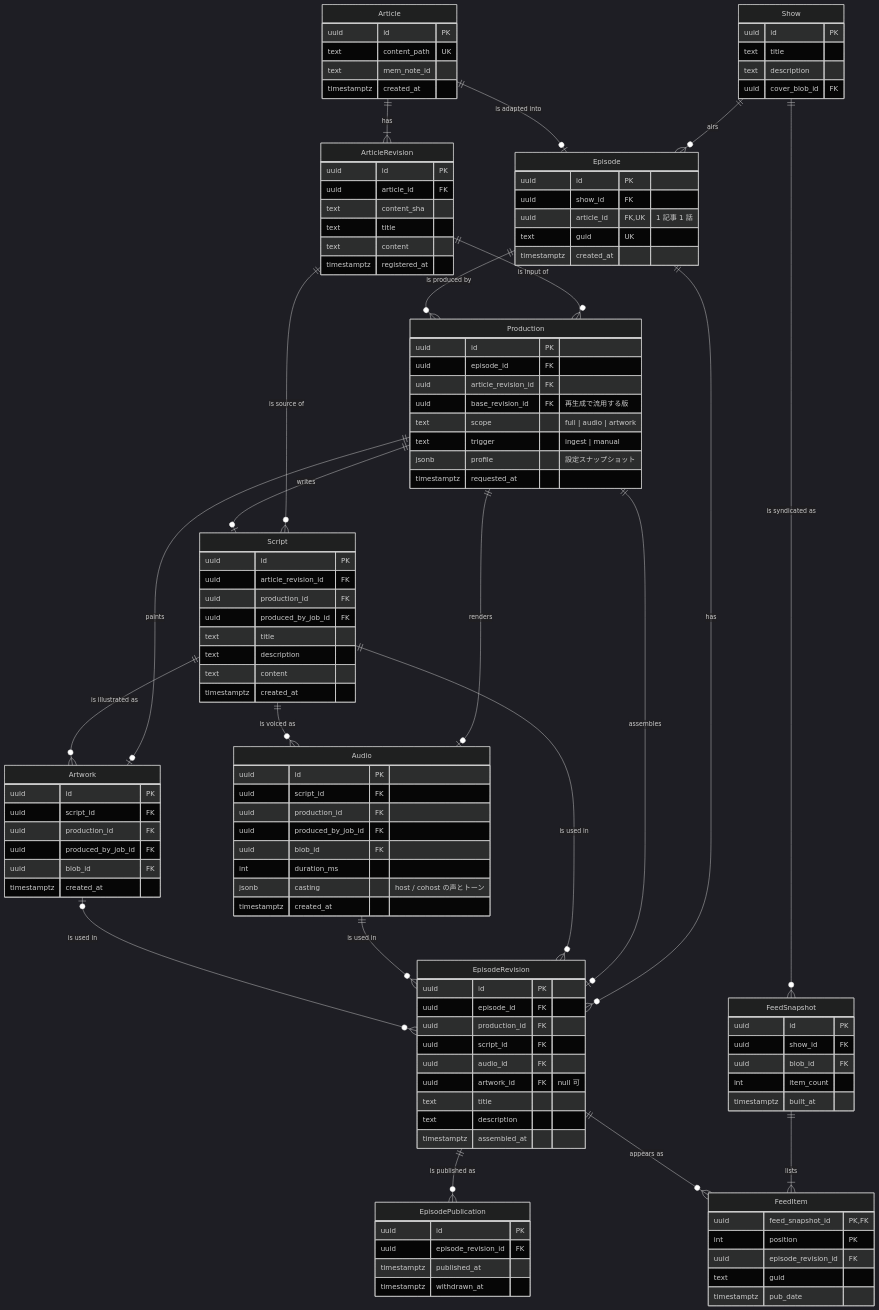
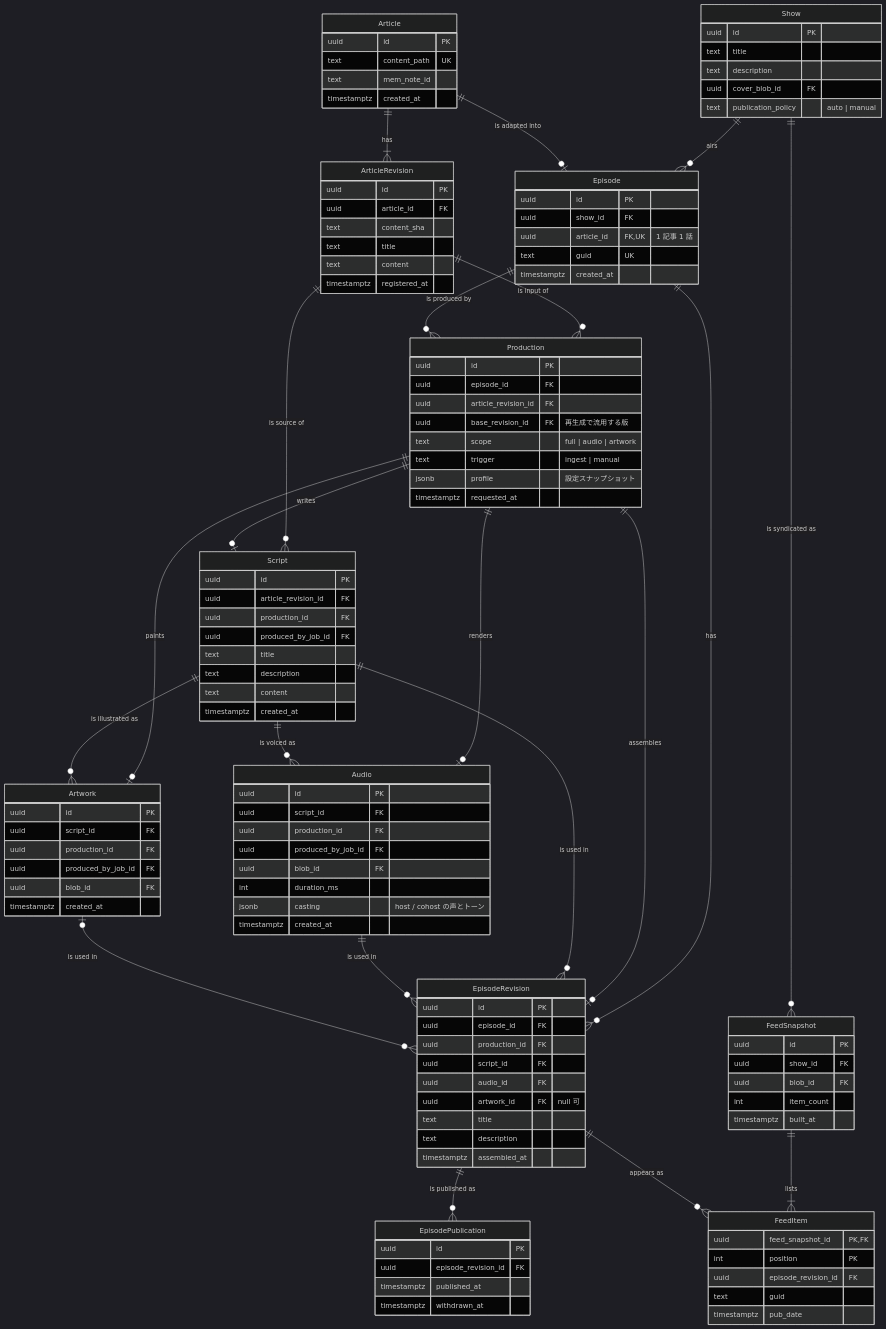
Before and after one commit to hskksk/podcaster: the second of 7 diagrams in docs/architecture/podcast-domain-model-tobe.md, drawn with Mermaid (dark theme). The commit also changed other lines of this file and 1 other file, not shown here.

Commit message:
docs(architecture): add migration plan to the podcast domain model

```diff
--- a/docs/architecture/podcast-domain-model-tobe.md
+++ b/docs/architecture/podcast-domain-model-tobe.md
@@ -141,6 +143,7 @@
     text title
     text description
     uuid cover_blob_id FK
+    text publication_policy "auto | manual"
   }
   Article {
     uuid id PK
```
